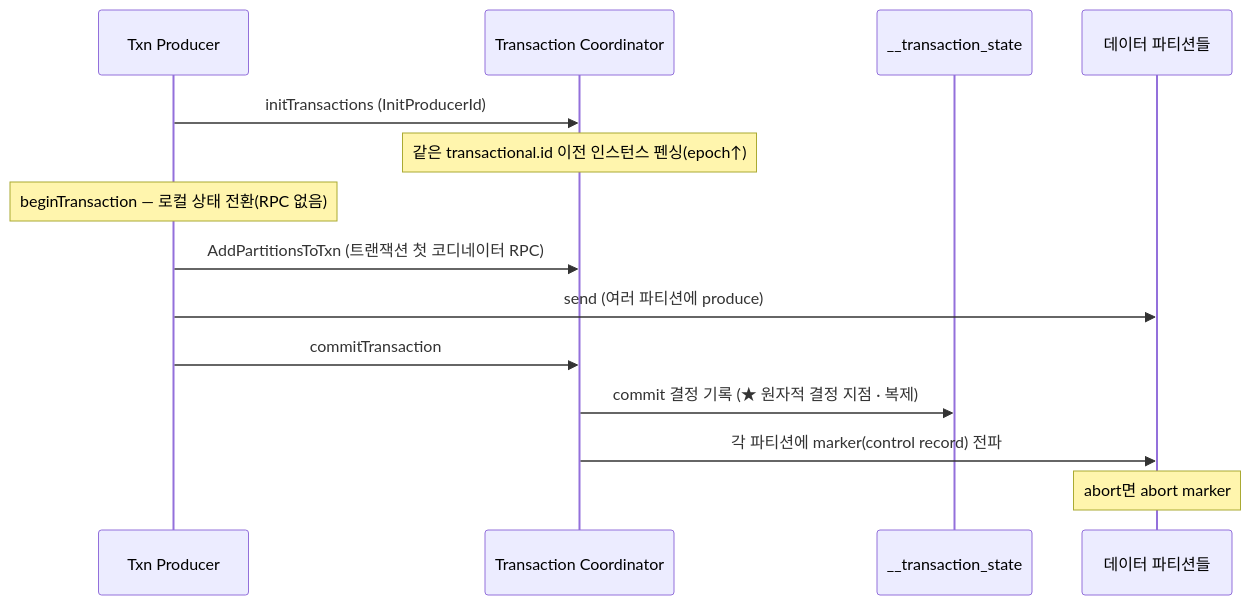
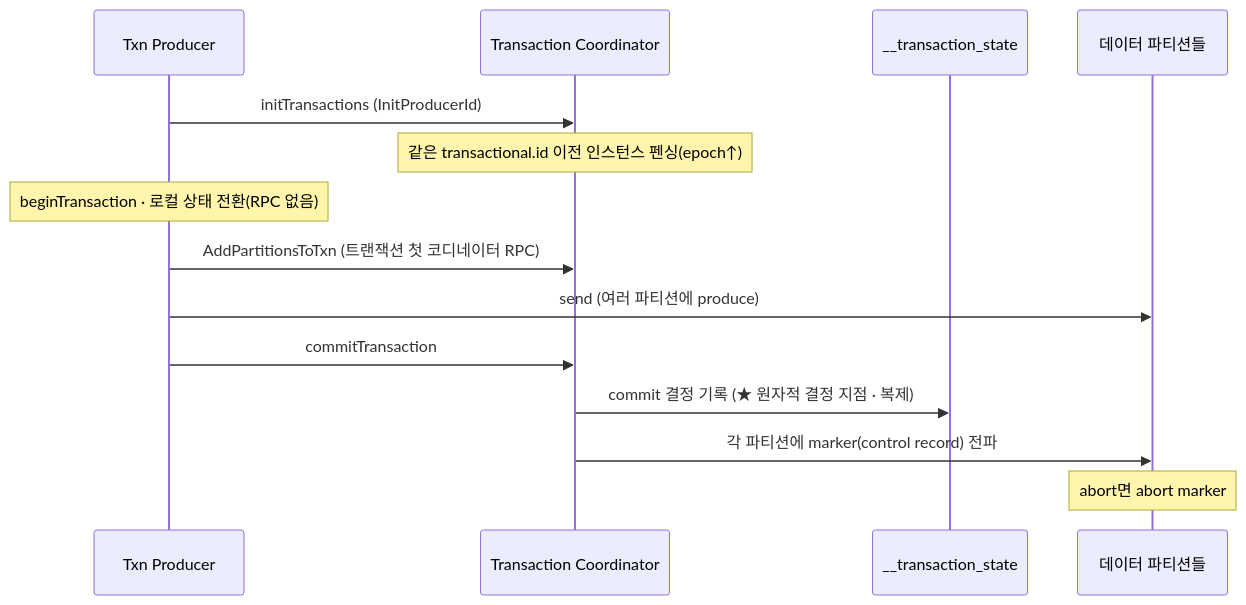
The second of 4 diagrams in docs/book/1-internals/07-transactions.md (ghtjr410/kafka-lab), drawn with Mermaid before and after one commit. The commit also changed other lines of this file and 25 other files, not shown here.

````diff
--- a/docs/book/1-internals/07-transactions.md
+++ b/docs/book/1-internals/07-transactions.md
@@ -62,16 +62,16 @@
 ```mermaid
 sequenceDiagram
     participant P as Txn Producer
     participant TC as Transaction Coordinator
     participant TS as __transaction_state
     participant Part as 데이터 파티션들
     P->>TC: initTransactions (InitProducerId)
     Note over TC: 같은 transactional.id 이전 인스턴스 펜싱(epoch↑)
-    Note over P: beginTransaction — 로컬 상태 전환(RPC 없음)
+    Note over P: beginTransaction · 로컬 상태 전환(RPC 없음)
     P->>TC: AddPartitionsToTxn (트랜잭션 첫 코디네이터 RPC)
     P->>Part: send (여러 파티션에 produce)
     P->>TC: commitTransaction
     TC->>TS: commit 결정 기록 (★ 원자적 결정 지점 · 복제)
     TC->>Part: 각 파티션에 marker(control record) 전파
     Note over Part: abort면 abort marker
 ```
````
